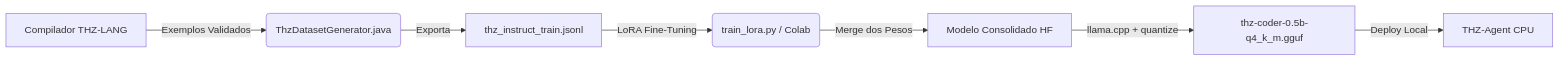
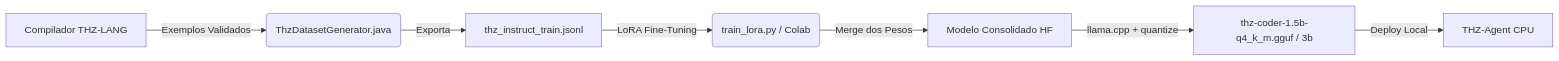
The diagram in scripts/README.md (THZ-Lang/thz-agent-jvm), drawn with Mermaid before and after one commit. The commit also changed other lines of this file and 7 other files, not shown here.

````diff
--- a/scripts/README.md
+++ b/scripts/README.md
@@ -9,9 +18,9 @@
 ```mermaid
 graph LR
     A[Compilador THZ-LANG] -->|Exemplos Validados| B(ThzDatasetGenerator.java)
     B -->|Exporta| C[thz_instruct_train.jsonl]
     C -->|LoRA Fine-Tuning| D(train_lora.py / Colab)
     D -->|Merge dos Pesos| E[Modelo Consolidado HF]
-    E -->|llama.cpp + quantize| F[thz-coder-0.5b-q4_k_m.gguf]
+    E -->|llama.cpp + quantize| F[thz-coder-1.5b-q4_k_m.gguf / 3b]
     F -->|Deploy Local| G[THZ-Agent CPU]
 ```
````
